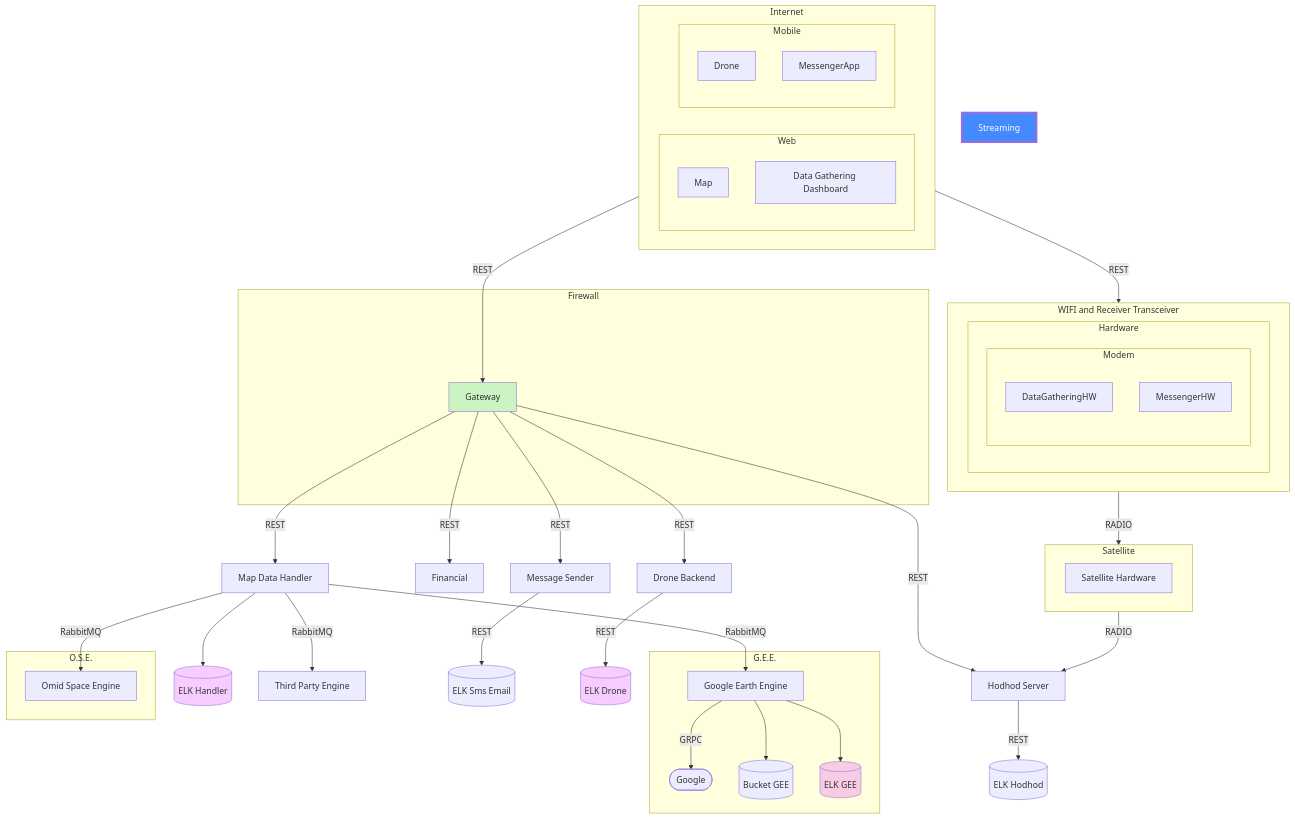
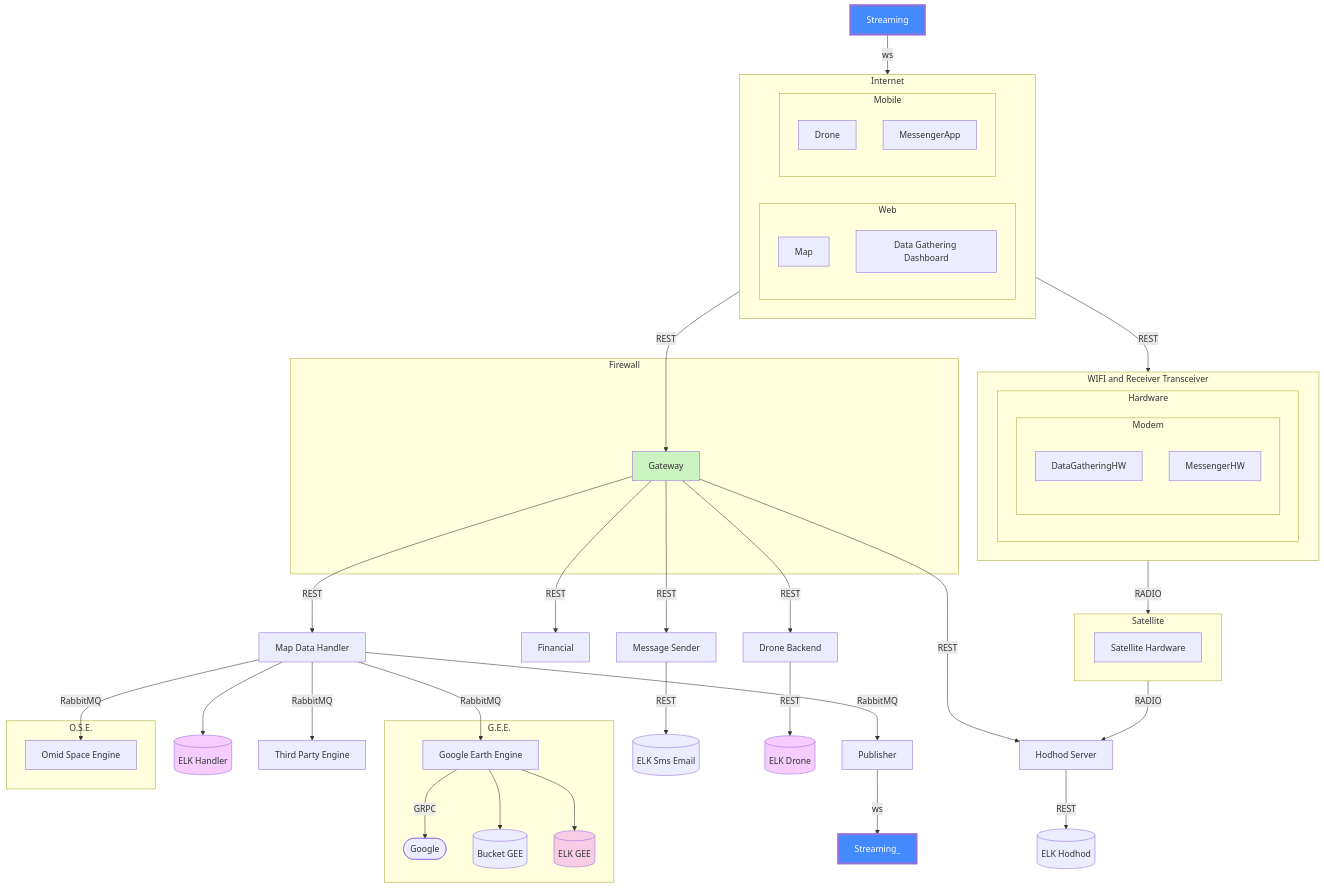
One commit to spaceomid/Documentation changed the diagram in docs/Arch.md. Above: the diagram before and after it, drawn with Mermaid.

Commit message:
add stream to arch

````diff
--- a/docs/Arch.md
+++ b/docs/Arch.md
@@ -10,6 +10,7 @@
     
     style Gateway fill:#00c85333
     style Streaming fill:#448aff,stroke-width:4px,color:#fff
+    style Streaming_ fill:#448aff,stroke-width:4px,color:#fff
     
     subgraph Internet
     
@@ -60,6 +61,9 @@
     MapDataHandler --RabbitMQ--> OSE[Omid Space Engine ]
     MapDataHandler --RabbitMQ--> GEE[Google Earth Engine ]
     MapDataHandler --RabbitMQ--> TPE[Third Party Engine ]
+    MapDataHandler --RabbitMQ--> Publisher[Publisher]
+    Publisher --ws--> Streaming_
+    Streaming --ws--> Internet
 
     HodhodServer --REST--> ELKHodhod[(ELK Hodhod)]
     MessageSender --REST--> ELKSmsEmail[(ELK Sms Email)]
@@ -82,4 +86,5 @@
     OSE
     end
     
+    
 ``` 
````
